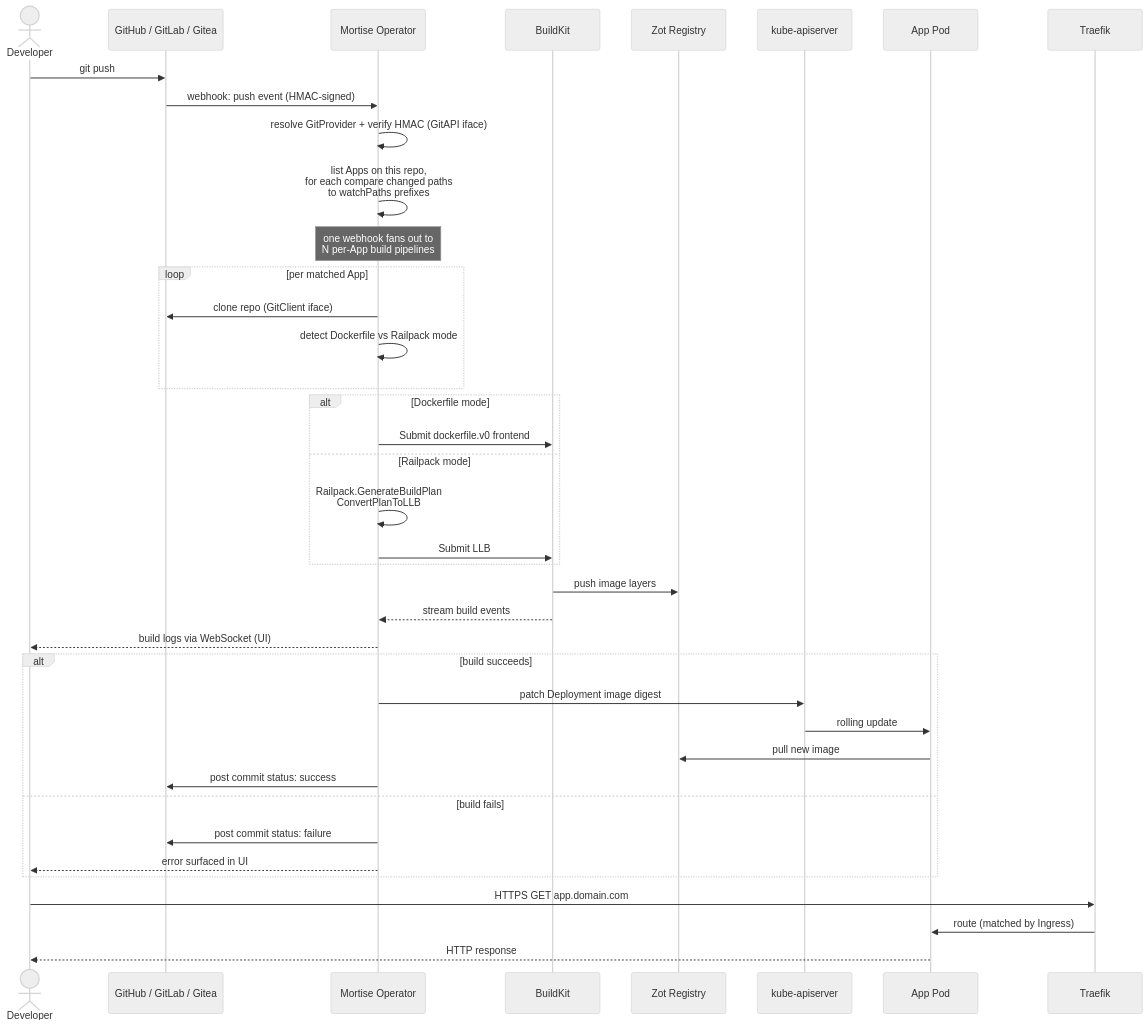
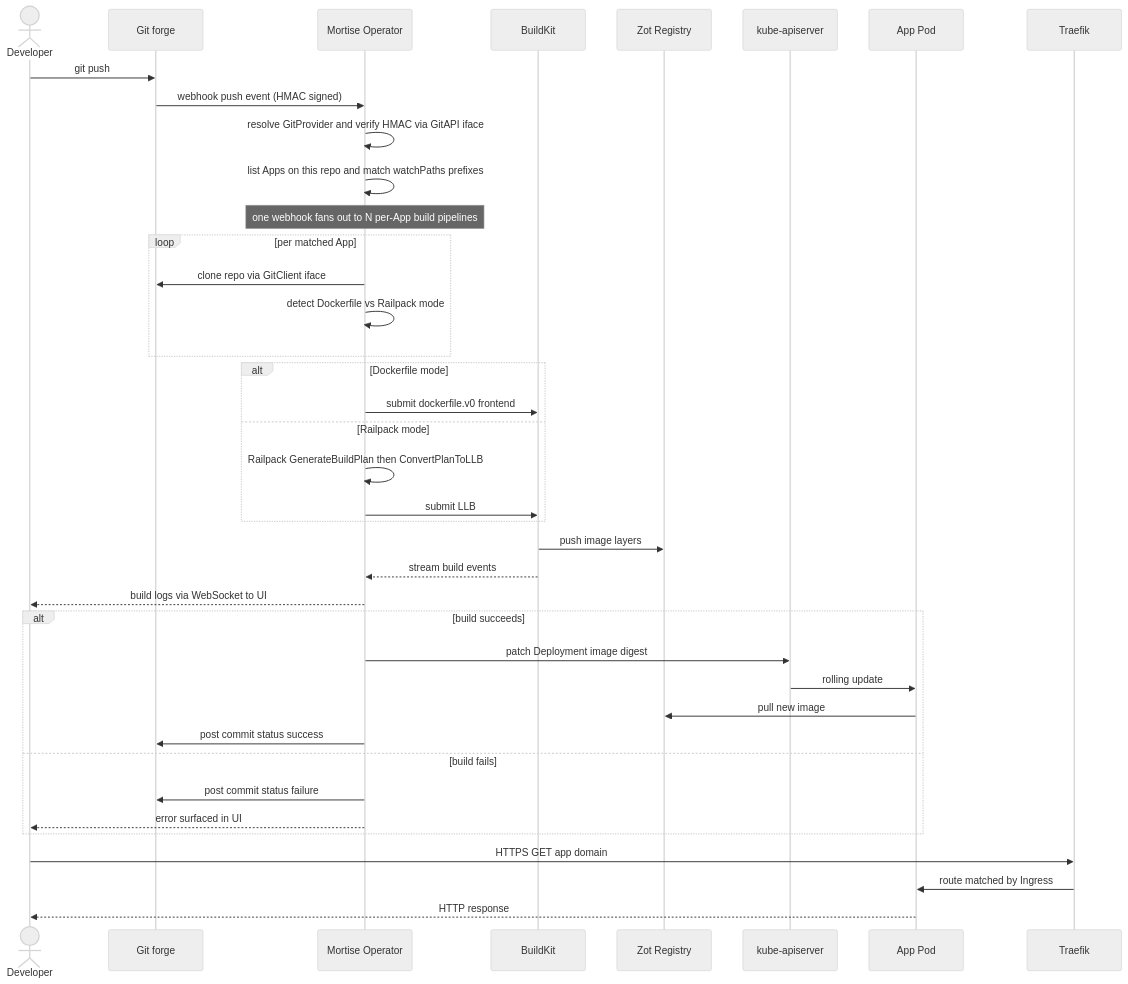
One commit to mortise-org/mortise changed the second of 5 diagrams in ARCHITECTURE.md. Above: the diagram before and after it, drawn with Mermaid (neutral theme). The commit also changed other lines of this file and 1 other file, not shown here.

````diff
--- a/ARCHITECTURE.md
+++ b/ARCHITECTURE.md
@@ -131,47 +130,47 @@
 ```mermaid
 sequenceDiagram
     actor Dev as Developer
-    participant Git as GitHub / GitLab / Gitea
+    participant Git as Git forge
     participant Op as Mortise Operator
     participant BK as BuildKit
     participant Reg as Zot Registry
     participant K8s as kube-apiserver
     participant Pod as App Pod
     participant TF as Traefik
 
     Dev->>Git: git push
-    Git->>Op: webhook: push event (HMAC-signed)
-    Op->>Op: resolve GitProvider + verify HMAC (GitAPI iface)
-    Op->>Op: list Apps on this repo,<br/>for each compare changed paths<br/>to watchPaths prefixes
-    Note over Op: one webhook fans out to<br/>N per-App build pipelines
+    Git->>Op: webhook push event (HMAC signed)
+    Op->>Op: resolve GitProvider and verify HMAC via GitAPI iface
+    Op->>Op: list Apps on this repo and match watchPaths prefixes
+    Note over Op: one webhook fans out to N per-App build pipelines
 
     loop per matched App
-        Op->>Git: clone repo (GitClient iface)
+        Op->>Git: clone repo via GitClient iface
         Op->>Op: detect Dockerfile vs Railpack mode
     end
 
     alt Dockerfile mode
-        Op->>BK: Submit dockerfile.v0 frontend
+        Op->>BK: submit dockerfile.v0 frontend
     else Railpack mode
-        Op->>Op: Railpack.GenerateBuildPlan<br/>ConvertPlanToLLB
-        Op->>BK: Submit LLB
+        Op->>Op: Railpack GenerateBuildPlan then ConvertPlanToLLB
+        Op->>BK: submit LLB
     end
 
     BK->>Reg: push image layers
     BK-->>Op: stream build events
-    Op-->>Dev: build logs via WebSocket (UI)
+    Op-->>Dev: build logs via WebSocket to UI
 
     alt build succeeds
         Op->>K8s: patch Deployment image digest
         K8s->>Pod: rolling update
         Pod->>Reg: pull new image
-        Op->>Git: post commit status: success
+        Op->>Git: post commit status success
     else build fails
-        Op->>Git: post commit status: failure
+        Op->>Git: post commit status failure
         Op-->>Dev: error surfaced in UI
     end
 
-    Dev->>TF: HTTPS GET app.domain.com
-    TF->>Pod: route (matched by Ingress)
+    Dev->>TF: HTTPS GET app domain
+    TF->>Pod: route matched by Ingress
     Pod-->>Dev: HTTP response
 ```
````
